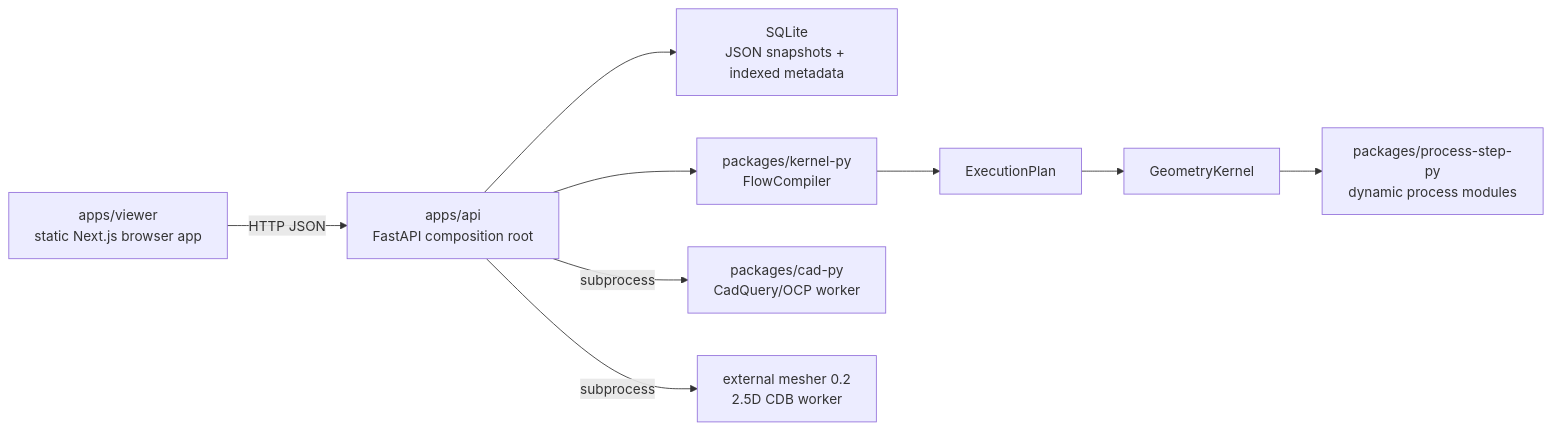
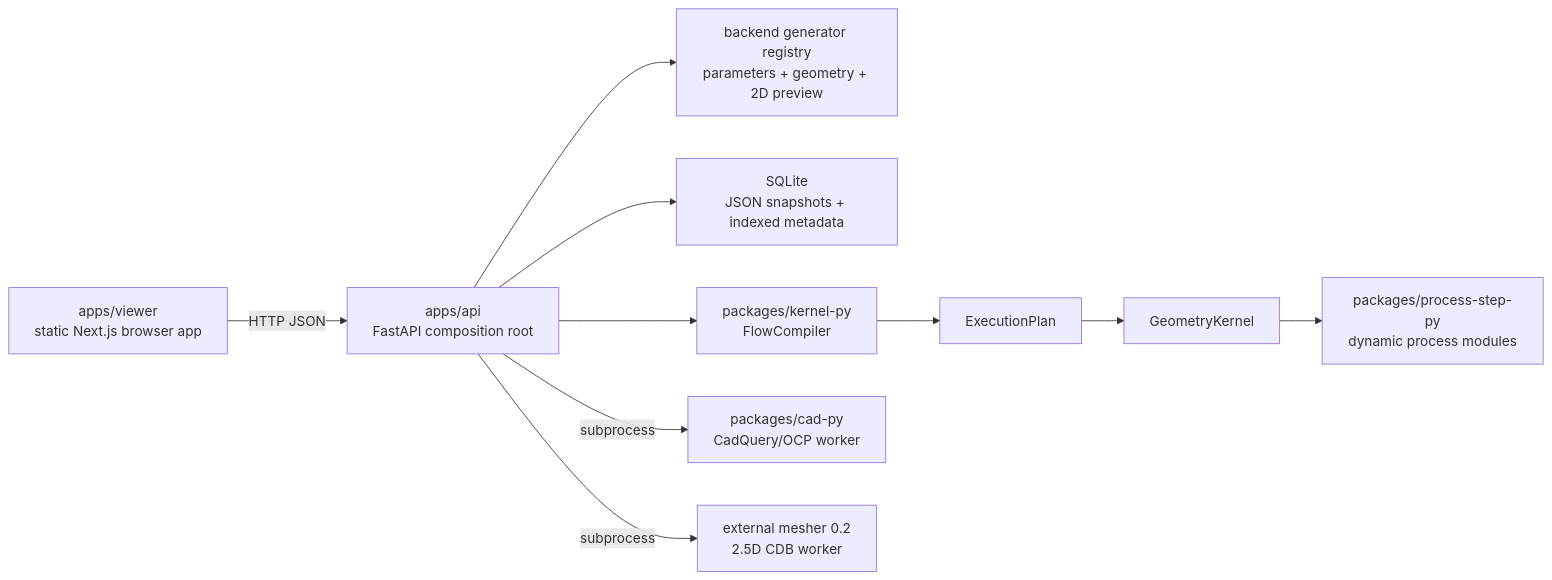
One commit to henry861010/process_flow_v2 changed the diagram in docs/architecture/system-overview.md. Above: the diagram before and after it, drawn with Mermaid. The commit also changed other lines of this file and 57 other files, not shown here.

````diff
--- a/docs/architecture/system-overview.md
+++ b/docs/architecture/system-overview.md
@@ -26,11 +26,12 @@
 ```mermaid
 flowchart LR
   Browser["apps/viewer\nstatic Next.js browser app"] -->|"HTTP JSON"| API["apps/api\nFastAPI composition root"]
+  API --> Generators["backend generator registry\nparameters + geometry + 2D preview"]
   API --> Store["SQLite\nJSON snapshots + indexed metadata"]
   API --> Compiler["packages/kernel-py\nFlowCompiler"]
   Compiler --> Plan["ExecutionPlan"]
   Plan --> Kernel["GeometryKernel"]
   Kernel --> Steps["packages/process-step-py\ndynamic process modules"]
   API -->|"subprocess"| CAD["packages/cad-py\nCadQuery/OCP worker"]
   API -->|"subprocess"| Mesher["external mesher 0.2\n2.5D CDB worker"]
 ```
````
